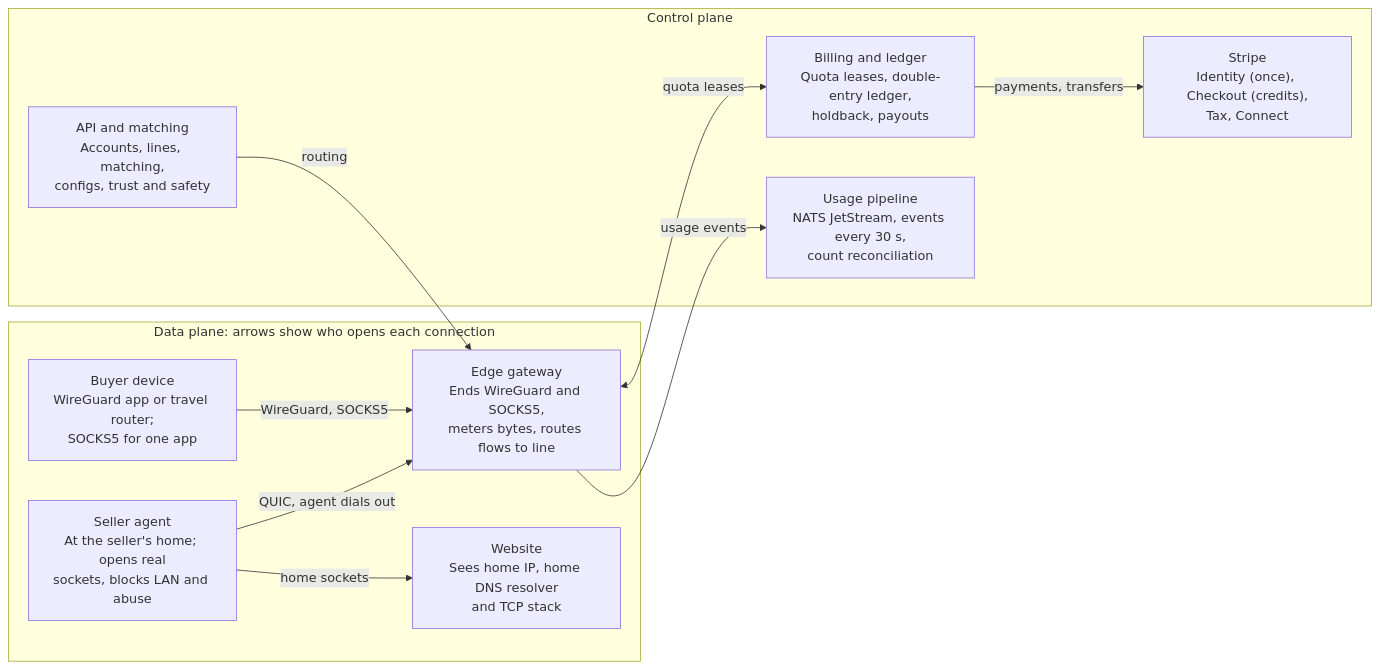
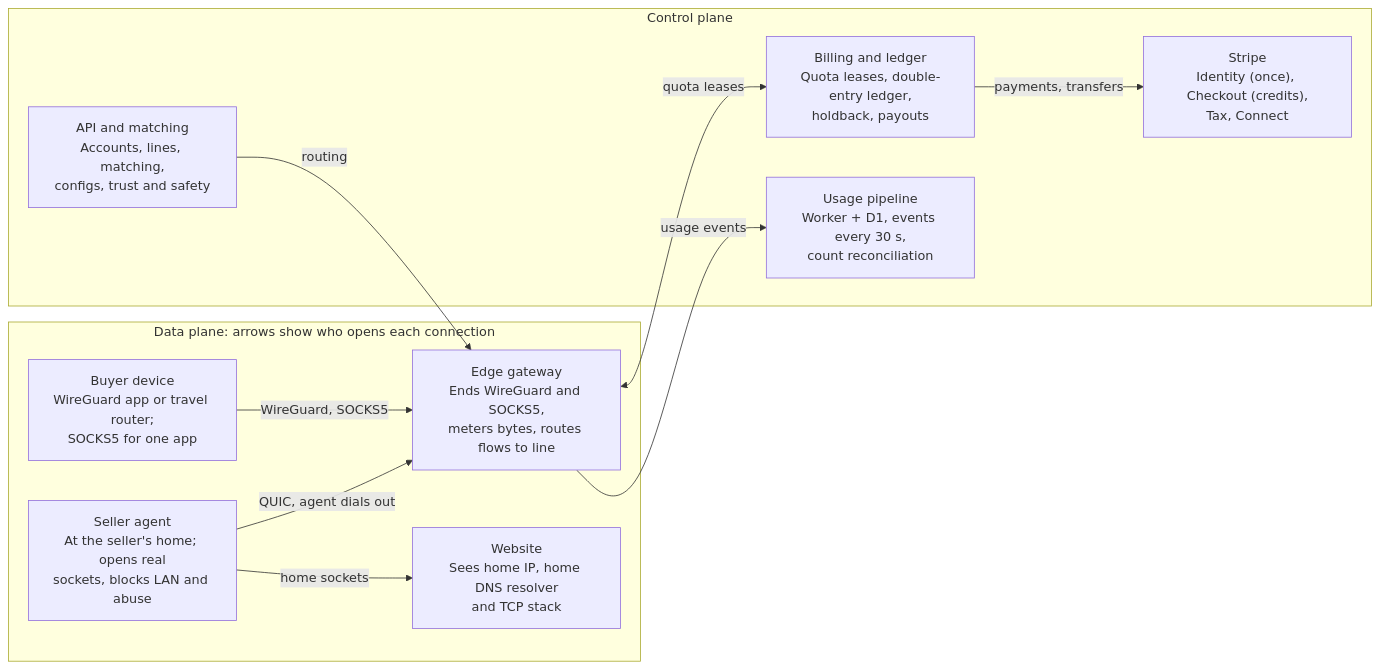
The first of 2 diagrams in docs/concept.md (jermainee/homeport), drawn with Mermaid before and after one commit. The commit also changed other lines of this file and 2 other files, not shown here.

````diff
--- a/docs/concept.md
+++ b/docs/concept.md
@@ -155,22 +155,22 @@
 ```mermaid
 flowchart LR
   subgraph data["Data plane: arrows show who opens each connection"]
     buyer["Buyer device<br/>WireGuard app or travel router;<br/>SOCKS5 for one app"]
     gw["Edge gateway<br/>Ends WireGuard and SOCKS5,<br/>meters bytes, routes flows to line"]
     agent["Seller agent<br/>At the seller's home; opens real<br/>sockets, blocks LAN and abuse"]
     web["Website<br/>Sees home IP, home DNS resolver<br/>and TCP stack"]
   end
   subgraph control["Control plane"]
     api["API and matching<br/>Accounts, lines, matching,<br/>configs, trust and safety"]
     billing["Billing and ledger<br/>Quota leases, double-entry ledger,<br/>holdback, payouts"]
-    usage["Usage pipeline<br/>NATS JetStream, events every 30 s,<br/>count reconciliation"]
+    usage["Usage pipeline<br/>Worker + D1, events every 30 s,<br/>count reconciliation"]
     stripe["Stripe<br/>Identity (once), Checkout (credits),<br/>Tax, Connect"]
   end
   buyer -- "WireGuard, SOCKS5" --> gw
   agent -- "QUIC, agent dials out" --> gw
   agent -- "home sockets" --> web
   api -- "routing" --> gw
   gw <-- "quota leases" --> billing
   gw -- "usage events" --> usage
   billing -- "payments, transfers" --> stripe
 ```
````
